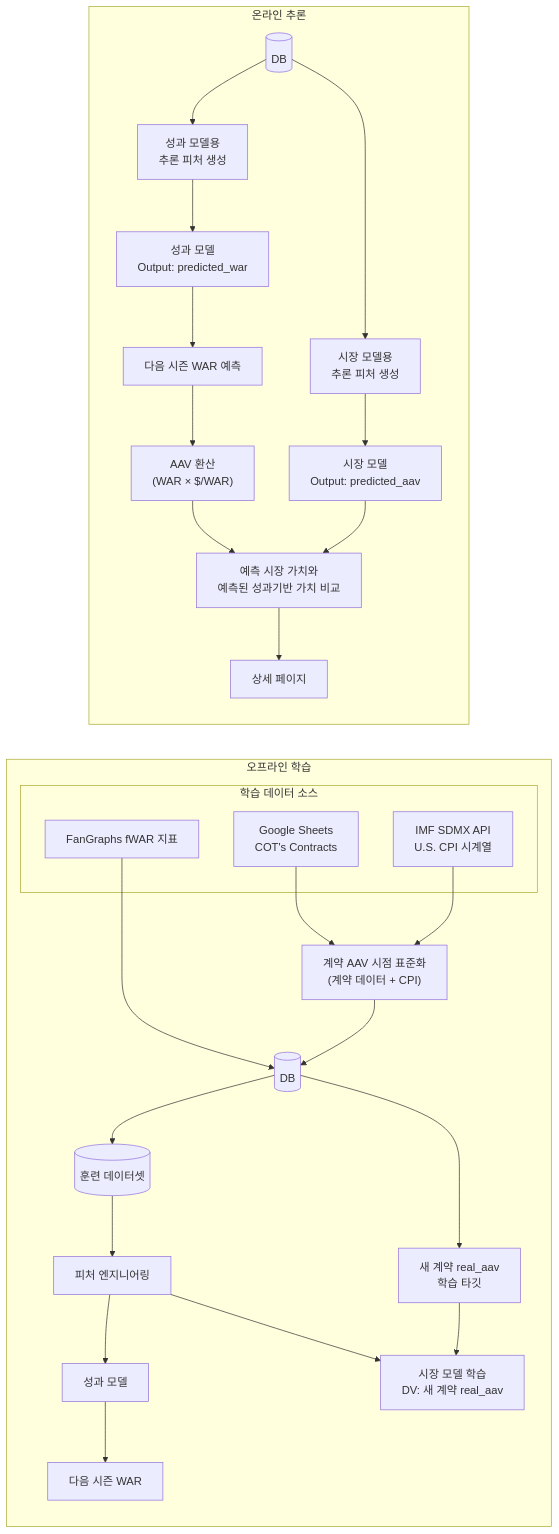
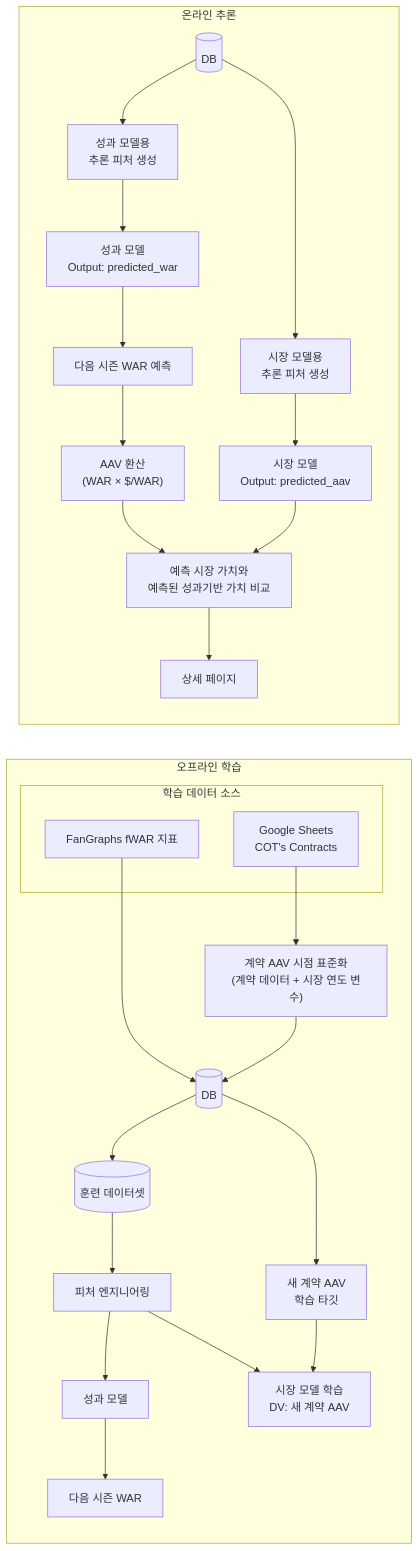
The seventh of 9 diagrams in ARCHITECTURE_TOBE.md (yechuk/backend), drawn with Mermaid before and after one commit. The commit also changed other lines of this file and 910 other files, not shown here.

````diff
--- a/ARCHITECTURE_TOBE.md
+++ b/ARCHITECTURE_TOBE.md
@@ -362,34 +509,32 @@
 ```mermaid
 flowchart LR
     subgraph train [오프라인 학습]
         subgraph train_sources [학습 데이터 소스]
             FGSrc[FanGraphs fWAR 지표]
             ContractSrc["Google Sheets<br/>COT's Contracts"]
-            CPISrc["IMF SDMX API<br/>U.S. CPI 시계열"]
         end
-        Standardize["계약 AAV 시점 표준화<br/>(계약 데이터 + CPI)"]
+        Standardize["계약 AAV 시점 표준화<br/>(계약 데이터 + 시장 연도 변수)"]
         FGSrc --> DB
         ContractSrc --> Standardize
-        CPISrc --> Standardize
         Standardize --> DB
         DB[(DB)] --> TrainSet[(훈련 데이터셋)]
-        DB --> AAVTarget["새 계약 real_aav<br/>학습 타깃"]
+        DB --> AAVTarget["새 계약 AAV<br/>학습 타깃"]
         TrainSet --> FE[피처 엔지니어링]
         FE --> PerfTrain[성과 모델]
-        FE --> MarketTrain["시장 모델 학습<br/>DV: 새 계약 real_aav"]
+        FE --> MarketTrain["시장 모델 학습<br/>DV: 새 계약 AAV"]
         PerfTrain --> ValueLayer[다음 시즌 WAR]
         AAVTarget --> MarketTrain
     end
 
     subgraph infer [온라인 추론]
         OnlineDB[(DB)] --> PerfFE["성과 모델용<br/>추론 피처 생성"]
         OnlineDB[(DB)] --> MarketFE["시장 모델용<br/>추론 피처 생성"]
         PerfFE --> Performance["성과 모델<br/>Output: predicted_war"]
         MarketFE --> MarketInfer["시장 모델<br/>Output: predicted_aav"]
         Performance --> WarOut[다음 시즌 WAR 예측]
         WarOut --> ValueConv["AAV 환산<br/>(WAR × $/WAR)"]
         ValueConv --> Decision["예측 시장 가치와<br/>예측된 성과기반 가치 비교"]
         MarketInfer --> Decision
         Decision --> UI[상세 페이지]
     end
 ```
````
